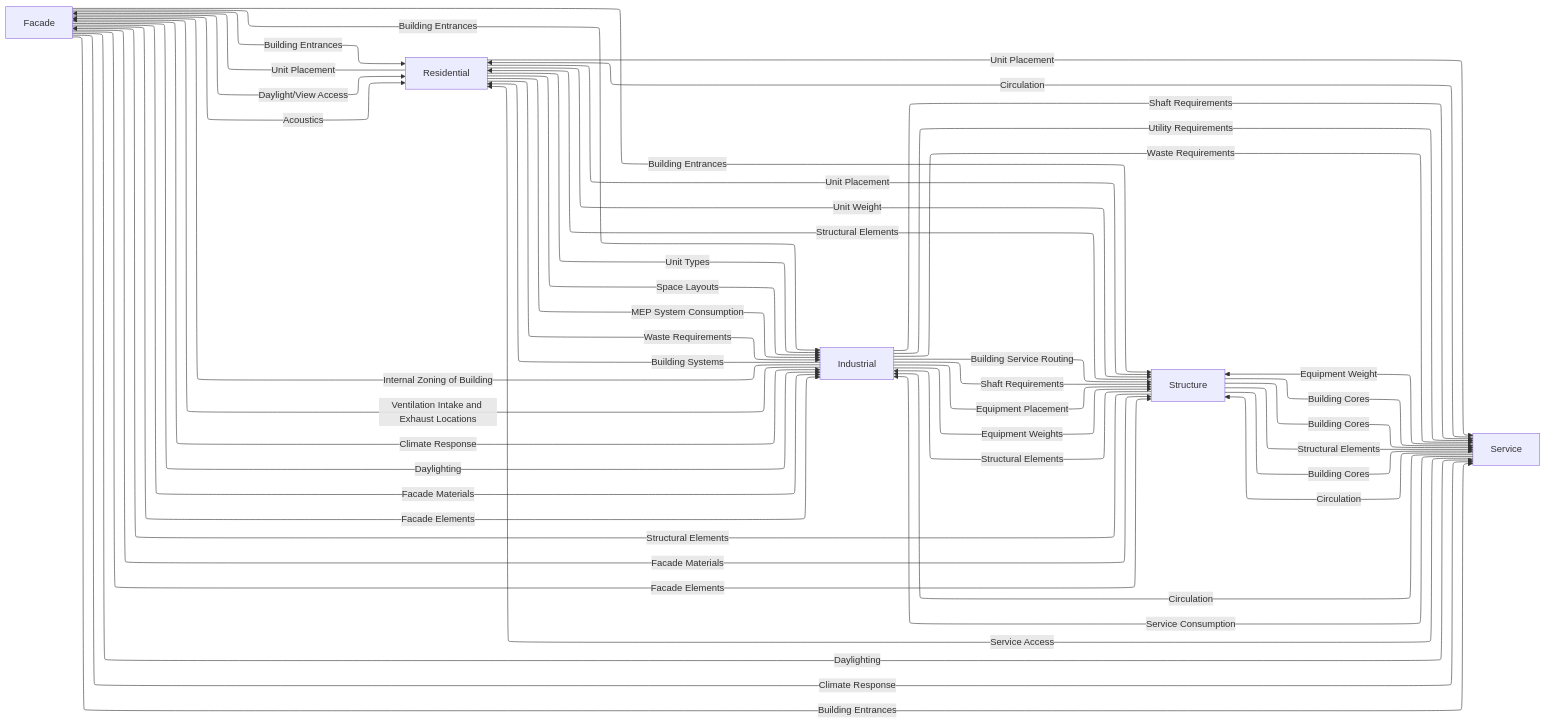
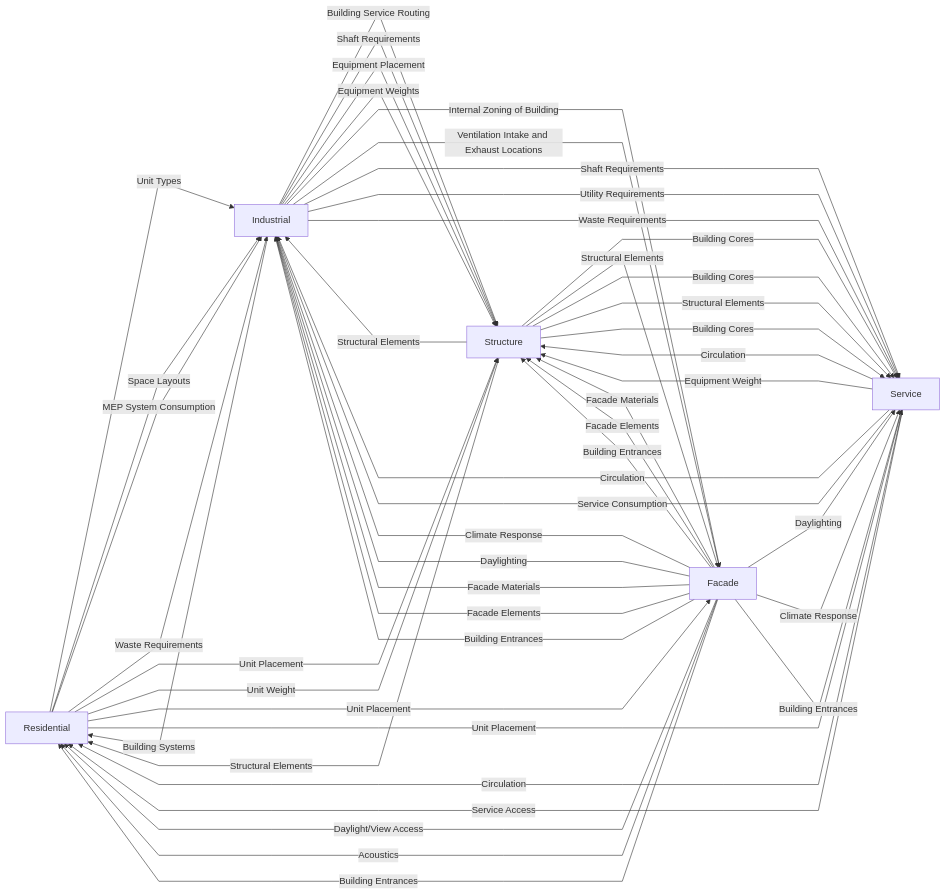
One commit to sclebow-iaac/bimsc25_studio-a_team-7 changed the diagram in Notes/scl_notes.md. Above: the diagram before and after it, drawn with Mermaid.

Commit message:
Refactor mermaid diagram initialization and formatting for improved clarity and consistency

````diff
--- a/Notes/scl_notes.md
+++ b/Notes/scl_notes.md
@@ -123,70 +123,70 @@
 ```mermaid
-%%{init: {"flowchart": {"defaultRenderer": "elk"}} }%%
+%%{init: {'flowchart' : {'curve' : 'linear'}}}%%
 
-graph LR
+flowchart LR
 
-Residential -- Unit Types --> Industrial
-Residential -- Space Layouts --> Industrial
-Residential -- MEP System Consumption --> Industrial
-Residential -- Waste Requirements --> Industrial
+    Residential -- Unit Types --> Industrial
+    Residential -- Space Layouts --> Industrial
+    Residential -- MEP System Consumption --> Industrial
+    Residential -- Waste Requirements --> Industrial
 
-Residential -- Unit Placement --> Structure
-Residential -- Unit Weight --> Structure
+    Residential -- Unit Placement --> Structure
+    Residential -- Unit Weight --> Structure
 
-Residential -- Unit Placement --> Facade
+    Residential -- Unit Placement --> Facade
 
-Residential -- Unit Placement --> Service
+    Residential -- Unit Placement --> Service
 
-Industrial -- Building Systems --> Residential
+    Industrial -- Building Systems --> Residential
 
-Industrial -- Building Service Routing --> Structure
-Industrial -- Shaft Requirements --> Structure
-Industrial -- Equipment Placement --> Structure
-Industrial -- Equipment Weights --> Structure
+    Industrial -- Building Service Routing --> Structure
+    Industrial -- Shaft Requirements --> Structure
+    Industrial -- Equipment Placement --> Structure
+    Industrial -- Equipment Weights --> Structure
 
-Industrial -- Internal Zoning of Building --> Facade
-Industrial -- Ventilation Intake and Exhaust Locations --> Facade
+    Industrial -- Internal Zoning of Building --> Facade
+    Industrial -- Ventilation Intake and Exhaust Locations --> Facade
 
-Industrial -- Shaft Requirements --> Service
-Industrial -- Utility Requirements --> Service
-Industrial -- Waste Requirements --> Service
+    Industrial -- Shaft Requirements --> Service
+    Industrial -- Utility Requirements --> Service
+    Industrial -- Waste Requirements --> Service
 
-Structure -- Structural Elements --> Residential
+    Structure -- Structural Elements --> Residential
 
-Structure -- Structural Elements --> Industrial
-Structure -- Building Cores --> Service
+    Structure -- Structural Elements --> Industrial
+    Structure -- Building Cores --> Service
 
-Structure -- Structural Elements --> Facade
-Structure -- Building Cores --> Service
+    Structure -- Structural Elements --> Facade
+    Structure -- Building Cores --> Service
 
-Structure -- Structural Elements --> Service
-Structure -- Building Cores --> Service
+    Structure -- Structural Elements --> Service
+    Structure -- Building Cores --> Service
 
-Facade -- Daylight/View Access --> Residential
-Facade -- Acoustics --> Residential
-Facade -- Building Entrances --> Residential
+    Facade -- Daylight/View Access --> Residential
+    Facade -- Acoustics --> Residential
+    Facade -- Building Entrances --> Residential
 
-Facade -- Climate Response --> Industrial
-Facade -- Daylighting --> Industrial
-Facade -- Facade Materials --> Industrial
-Facade -- Facade Elements --> Industrial
-Facade -- Building Entrances --> Industrial
+    Facade -- Climate Response --> Industrial
+    Facade -- Daylighting --> Industrial
+    Facade -- Facade Materials --> Industrial
+    Facade -- Facade Elements --> Industrial
+    Facade -- Building Entrances --> Industrial
 
-Facade -- Facade Materials --> Structure
-Facade -- Facade Elements --> Structure
-Facade -- Building Entrances --> Structure
+    Facade -- Facade Materials --> Structure
+    Facade -- Facade Elements --> Structure
+    Facade -- Building Entrances --> Structure
 
-Facade -- Daylighting --> Service
-Facade -- Climate Response --> Service
-Facade -- Building Entrances --> Service
+    Facade -- Daylighting --> Service
+    Facade -- Climate Response --> Service
+    Facade -- Building Entrances --> Service
 
-Service -- Circulation --> Residential
-Service -- Service Access --> Residential
+    Service -- Circulation --> Residential
+    Service -- Service Access --> Residential
 
-Service -- Circulation --> Industrial
-Service -- Service Consumption --> Industrial
+    Service -- Circulation --> Industrial
+    Service -- Service Consumption --> Industrial
 
-Service -- Circulation --> Structure
-Service -- Equipment Weight --> Structure
+    Service -- Circulation --> Structure
+    Service -- Equipment Weight --> Structure
     
 ```
````
